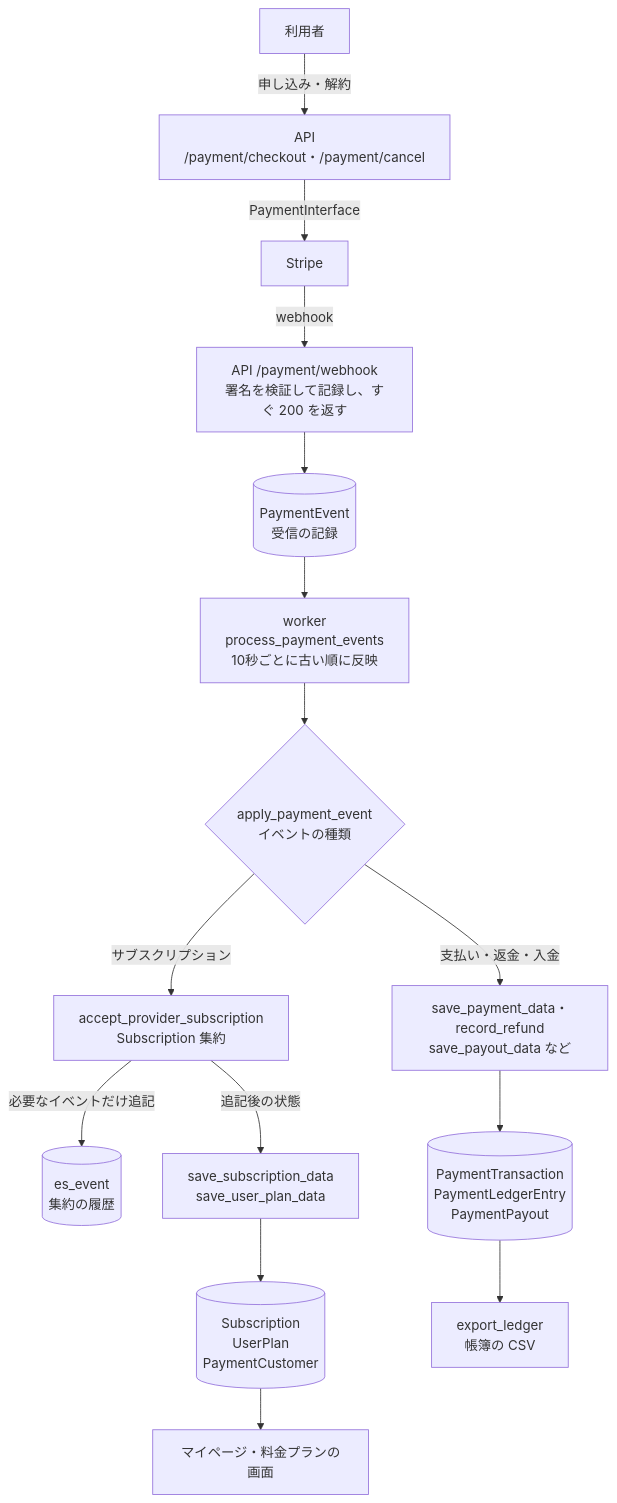
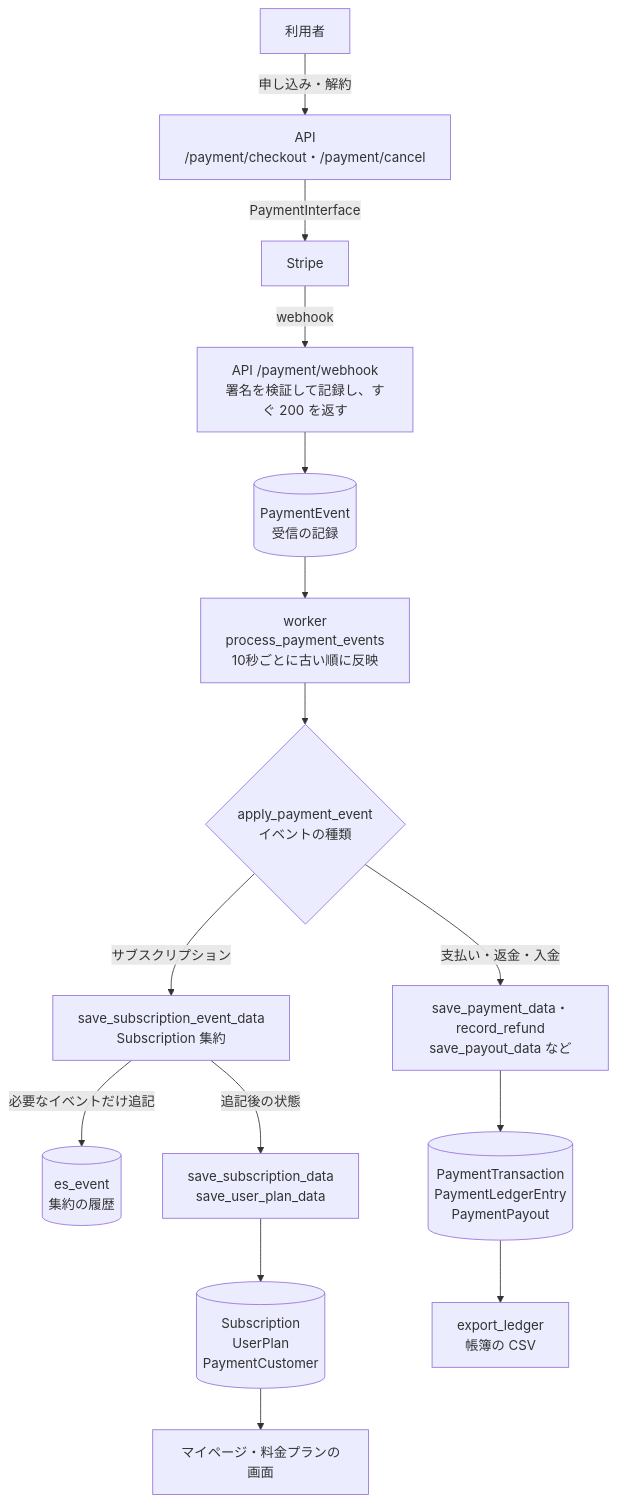
The diagram in docs/myus.md (ANFINII/MyUs), drawn with Mermaid before and after one commit. The commit also changed other lines of this file and 5 other files, not shown here.

````diff
--- a/docs/myus.md
+++ b/docs/myus.md
@@ -269,20 +269,20 @@
 ```mermaid
 flowchart TB
     User[利用者] -->|申し込み・解約| API["API<br/>/payment/checkout・/payment/cancel"]
     API -->|PaymentInterface| Stripe[Stripe]
     Stripe -->|webhook| Webhook["API /payment/webhook<br/>署名を検証して記録し、すぐ 200 を返す"]
     Webhook --> PE[(PaymentEvent<br/>受信の記録)]
     PE --> Worker["worker<br/>process_payment_events<br/>10秒ごとに古い順に反映"]
     Worker --> Apply{apply_payment_event<br/>イベントの種類}
 
-    Apply -->|サブスクリプション| Command["accept_provider_subscription<br/>Subscription 集約"]
+    Apply -->|サブスクリプション| Command["save_subscription_event_data<br/>Subscription 集約"]
     Command -->|必要なイベントだけ追記| ES[(es_event<br/>集約の履歴)]
     Command -->|追記後の状態| SubProj["save_subscription_data<br/>save_user_plan_data"]
     SubProj --> SubTables[(Subscription<br/>UserPlan<br/>PaymentCustomer)]
 
     Apply -->|支払い・返金・入金| PayProj["save_payment_data・record_refund<br/>save_payout_data など"]
     PayProj --> PayTables[(PaymentTransaction<br/>PaymentLedgerEntry<br/>PaymentPayout)]
 
     SubTables --> Screen[マイページ・料金プランの画面]
     PayTables --> Ledger[export_ledger<br/>帳簿の CSV]
 ```
````
